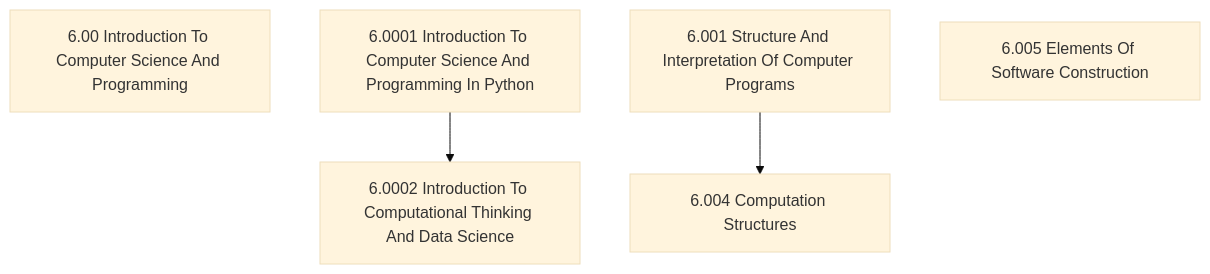
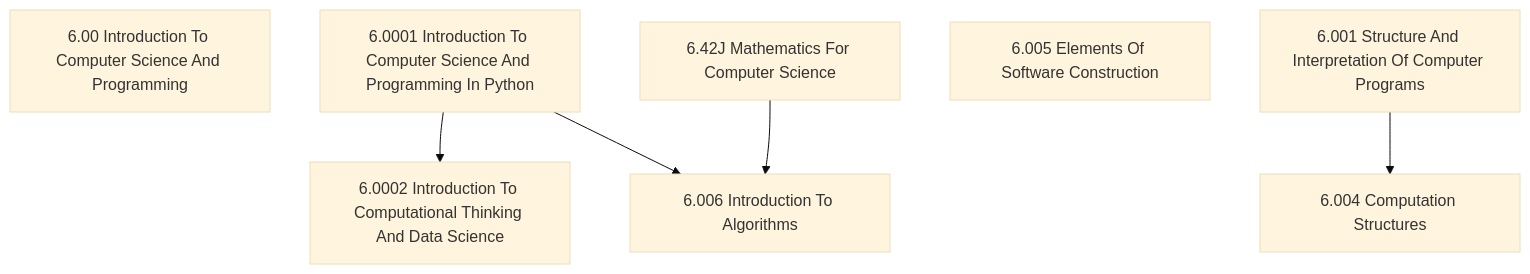
One commit to zaienaji/mit-ocw changed the diagram in readme.md. Above: the diagram before and after it, drawn with Mermaid (base theme).

````diff
--- a/readme.md
+++ b/readme.md
@@ -3,7 +3,9 @@
 ```mermaid
   graph TD;
     1[6.00 Introduction To Computer Science And Programming]
     2[6.0001 Introduction To Computer Science And Programming In Python] --> 3[6.0002 Introduction To Computational Thinking And Data Science]
     4[6.001 Structure And Interpretation Of Computer Programs]--> 5[6.004 Computation Structures]
     6[6.005 Elements Of Software Construction]
+    2 --> 7[6.006 Introduction To Algorithms]
+    8[6.42J Mathematics For Computer Science] --> 7
 ```
````
